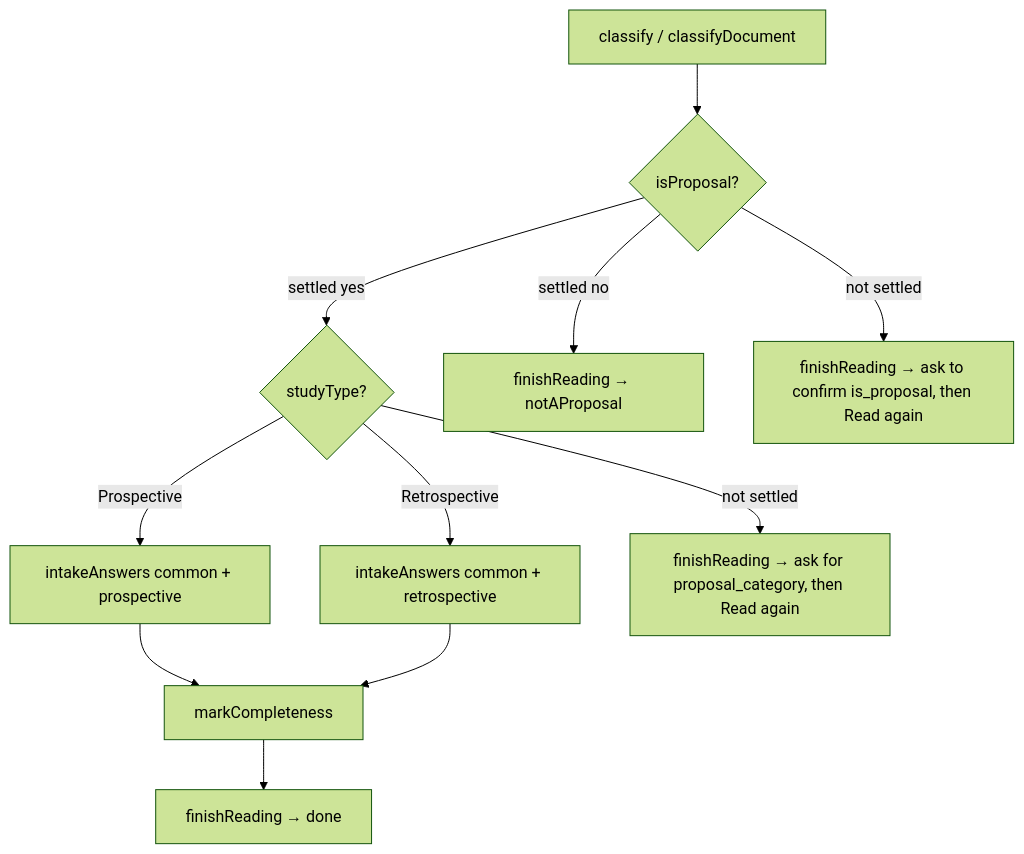
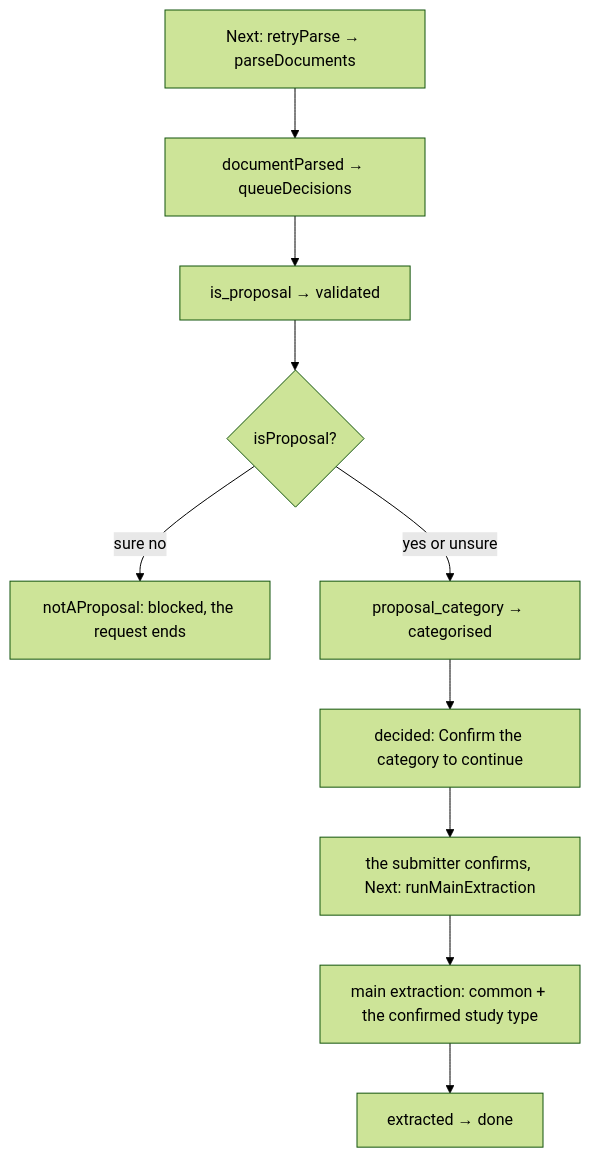
One commit to data-team-uhn/iap changed the second of 2 diagrams in demos/research-proposal/demo_details.md. Above: the diagram before and after it, drawn with Mermaid (forest theme). The commit also changed other lines of this file, not shown here.

Commit message:
[wip] Walk through the intake chain in the demo details

````diff
--- a/demos/research-proposal/demo_details.md
+++ b/demos/research-proposal/demo_details.md
@@ -419,13 +381,12 @@
 ```mermaid
 flowchart TD
-  classify["classify / classifyDocument"] --> gate1{"isProposal?"}
-  gate1 -->|"settled yes"| gate2{"studyType?"}
-  gate1 -->|"settled no"| finNo["finishReading → notAProposal"]
-  gate1 -->|"not settled"| pause1["finishReading → ask to confirm is_proposal, then Read again"]
-  gate2 -->|Prospective| askP["intakeAnswers common + prospective"]
-  gate2 -->|Retrospective| askR["intakeAnswers common + retrospective"]
-  gate2 -->|"not settled"| pause2["finishReading → ask for proposal_category, then Read again"]
-  askP --> mark["markCompleteness"]
-  askR --> mark
-  mark --> fin["finishReading → done"]
+  next1["Next: retryParse → parseDocuments"] --> parsed["documentParsed → queueDecisions"]
+  parsed --> validate["is_proposal → validated"]
+  validate --> gate{"isProposal?"}
+  gate -->|"sure no"| ended["notAProposal: blocked, the request ends"]
+  gate -->|"yes or unsure"| categorise["proposal_category → categorised"]
+  categorise --> decided["decided: Confirm the category to continue"]
+  decided --> next2["the submitter confirms, Next: runMainExtraction"]
+  next2 --> main["main extraction: common + the confirmed study type"]
+  main --> extracted["extracted → done"]
 ```
````
